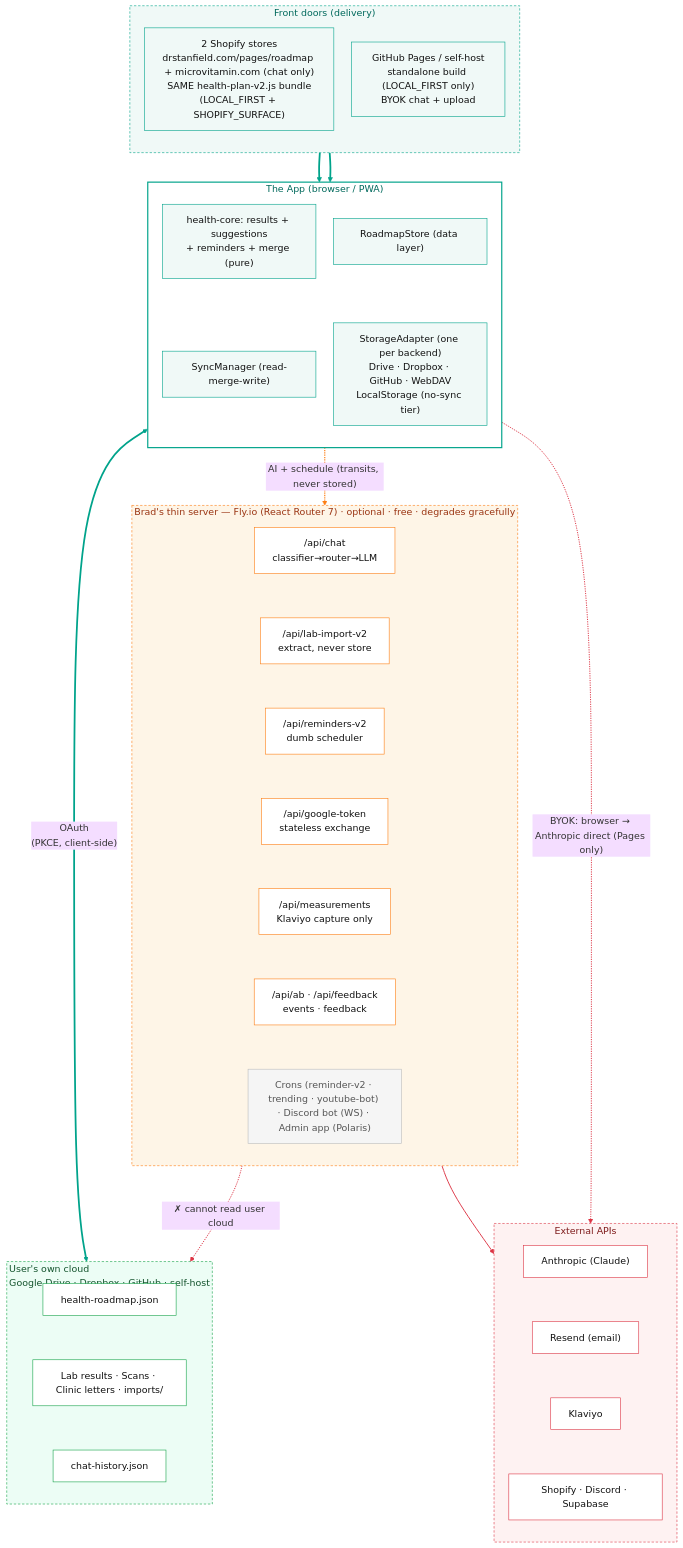
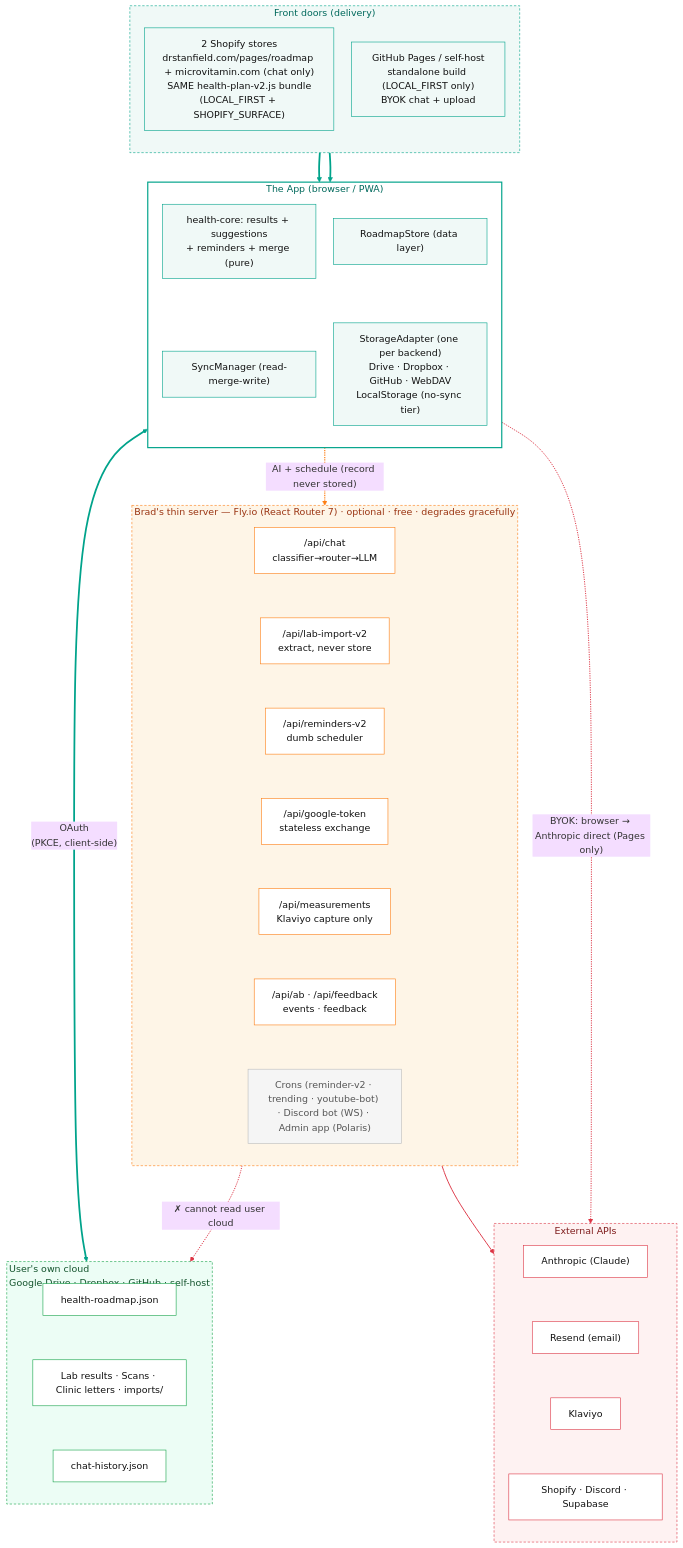
The first of 2 diagrams in docs/architecture-v2.md (DrBradStanfield/roadmap), drawn with Mermaid (base theme) before and after one commit. The commit also changed other lines of this file and 29 other files, not shown here.

````diff
--- a/docs/architecture-v2.md
+++ b/docs/architecture-v2.md
@@ -58,79 +58,79 @@
 ```mermaid
 %%{init: {"flowchart": {"nodeSpacing": 30}}}%%
 flowchart TB
   %% Two front doors
   subgraph FD["Front doors (delivery)"]
     direction TB
     FD1["2 Shopify stores<br/>drstanfield.com/pages/roadmap + microvitamin.com (chat only)<br/>SAME health-plan-v2.js bundle<br/>(LOCAL_FIRST + SHOPIFY_SURFACE)"]
     FD2["GitHub Pages / self-host<br/>standalone build (LOCAL_FIRST only)<br/>BYOK chat + upload"]
   end
   %% The App
   subgraph APP["The App (browser / PWA)"]
     direction TB
     A1["health-core: results + suggestions<br/>+ reminders + merge (pure)"]
     A2["RoadmapStore (data layer)"]
     A3["SyncManager (read-merge-write)"]
     A4["StorageAdapter (one per backend)<br/>Drive · Dropbox · GitHub · WebDAV<br/>LocalStorage (no-sync tier)"]
   end
   %% User's own cloud
   subgraph CL["User's own cloud<br/>Google Drive · Dropbox · GitHub · self-host"]
     direction TB
     C1["health-roadmap.json"]
     C2["Lab results · Scans · Clinic letters · imports/"]
     C3["chat-history.json"]
   end
   %% Brad's thin server
   subgraph SRV["Brad's thin server — Fly.io (React Router 7) · optional · free · degrades gracefully"]
     direction TB
     S1["/api/chat<br/>classifier→router→LLM"]
     S2["/api/lab-import-v2<br/>extract, never store"]
     S3["/api/reminders-v2<br/>dumb scheduler"]
     S4["/api/google-token<br/>stateless exchange"]
     S5["/api/measurements<br/>Klaviyo capture only"]
     S6["/api/ab · /api/feedback<br/>events · feedback"]
     S7["Crons (reminder-v2 · trending · youtube-bot) · Discord bot (WS) · Admin app (Polaris)"]
   end
   %% External
   subgraph EXT["External APIs"]
     direction TB
     E1["Anthropic (Claude)"]
     E2["Resend (email)"]
     E3["Klaviyo"]
     E4["Shopify · Discord · Supabase"]
   end
 
   FD1 ==> APP
   FD2 ==> APP
   APP <==>|"OAuth<br/>(PKCE, client-side)"| CL
-  APP -.->|"AI + schedule (transits, never stored)"| SRV
+  APP -.->|"AI + schedule (record never stored)"| SRV
   %% cannot read cloud
   SRV -.->|"✗ cannot read user cloud"| CL
   SRV --> EXT
   %% BYOK direct
   APP -.->|"BYOK: browser → Anthropic direct (Pages only)"| E1
   %% layout only: invisible links (~~~) draw nothing; they make a 2×2 grid in the app and vertical stacks in the server, cloud and external APIs so the diagram fits the page
   A1 ~~~ A3
   A2 ~~~ A4
   S1 ~~~ S2 ~~~ S3 ~~~ S4 ~~~ S5 ~~~ S6 ~~~ S7
   C1 ~~~ C2 ~~~ C3
   E1 ~~~ E2 ~~~ E3 ~~~ E4
 
   linkStyle 0,1,2 stroke:#00a38b,stroke-width:3px
   linkStyle 3 stroke:#fd7e14,stroke-width:2px
   linkStyle 4,5,6 stroke:#dc3545,stroke-width:1.6px
   classDef teal fill:#f0f9f7,stroke:#00a38b,color:#111
   classDef green fill:#ffffff,stroke:#16a34a,color:#111
   classDef orange fill:#ffffff,stroke:#fd7e14,color:#111
   classDef red fill:#ffffff,stroke:#dc3545,color:#111
   classDef gray fill:#f5f5f5,stroke:#bbbbbb,color:#555
   class FD1,FD2,A1,A2,A3,A4 teal
   class C1,C2,C3 green
   class S1,S2,S3,S4,S5,S6 orange
   class S7 gray
   class E1,E2,E3,E4 red
   style FD fill:#f0f9f7,stroke:#00a38b,stroke-dasharray:4 3,color:#00695c
   style APP fill:#ffffff,stroke:#00a38b,stroke-width:2px,color:#00695c
   style CL fill:#ecfdf5,stroke:#16a34a,stroke-dasharray:4 3,color:#14532d
   style SRV fill:#fef5e7,stroke:#fd7e14,stroke-dasharray:4 3,color:#9a3412
   style EXT fill:#fef2f2,stroke:#dc3545,stroke-dasharray:4 3,color:#7f1d1d
 ```
````
